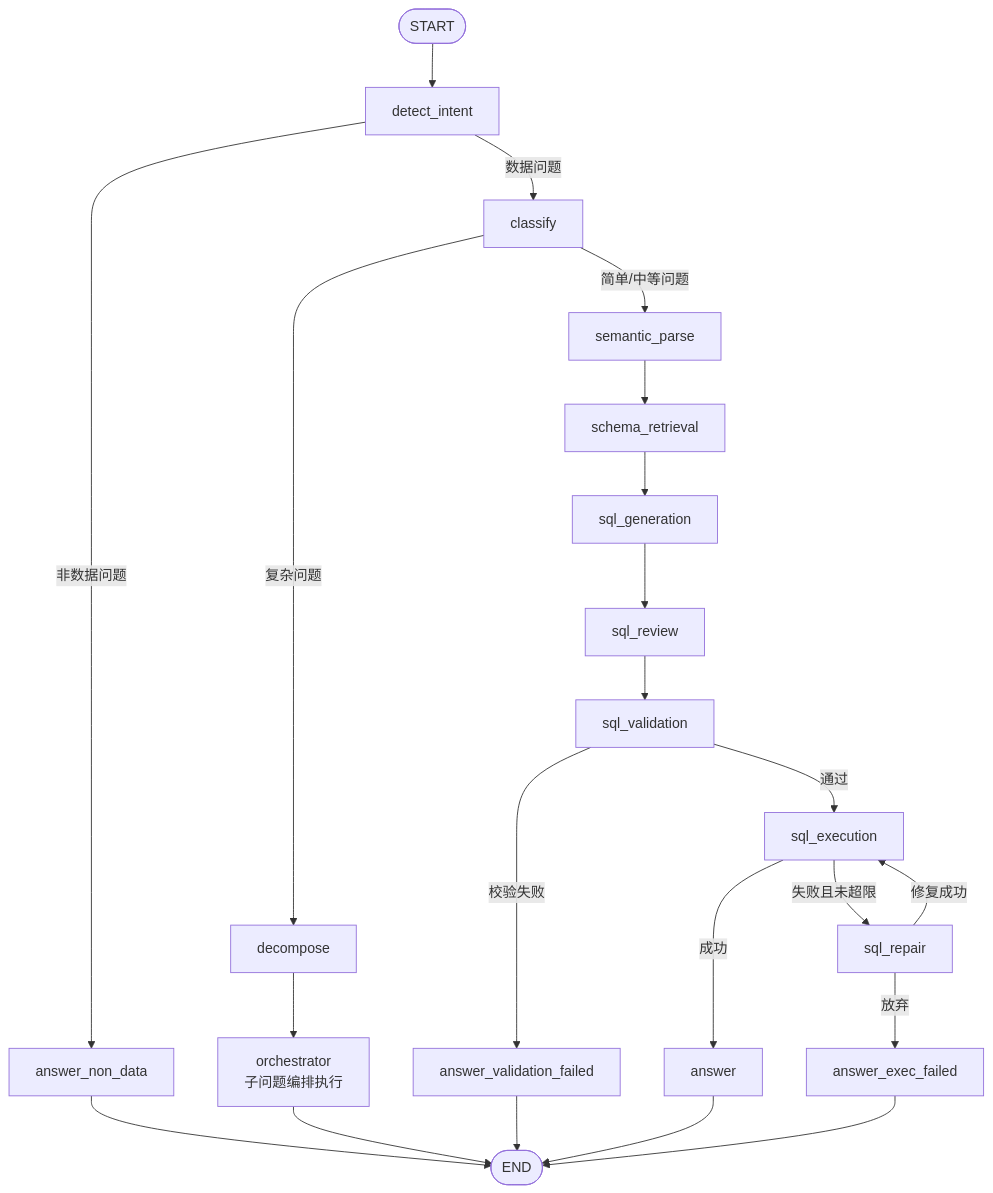
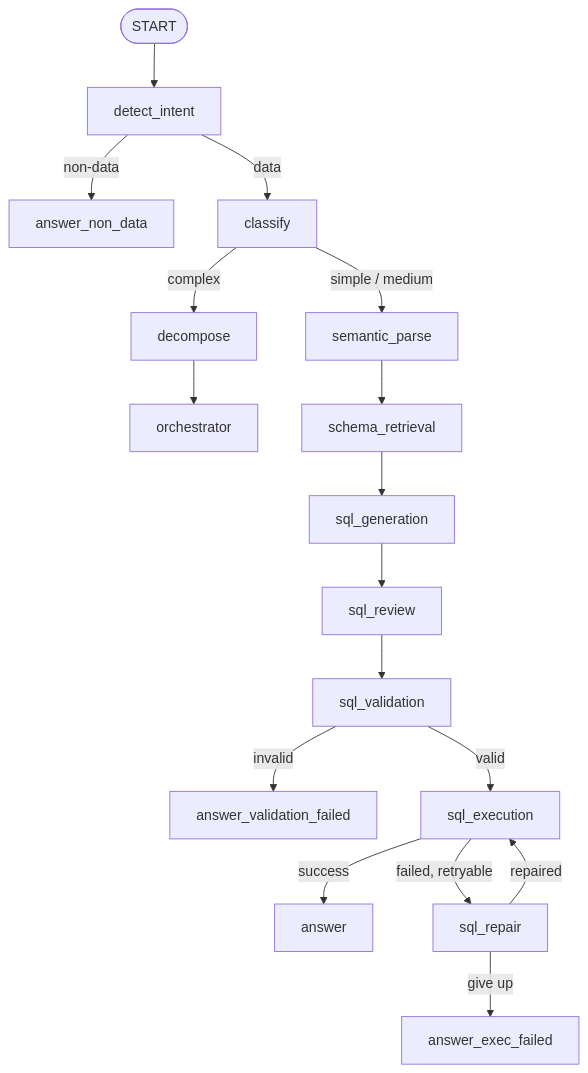
One commit to hr-huang/Text2SQL changed the second of 2 diagrams in README.md. Above: the diagram before and after it, drawn with Mermaid. The commit also changed other lines of this file and 2 other files, not shown here.

````diff
--- a/README.md
+++ b/README.md
@@ -40,24 +77,19 @@
 ```mermaid
 flowchart TD
-    START([START]) --> INTENT[detect_intent]
-    INTENT -- 非数据问题 --> NONDATA[answer_non_data]
-    INTENT -- 数据问题 --> CLASSIFY[classify]
-    CLASSIFY -- 复杂问题 --> DECOMP[decompose]
-    DECOMP --> ORCH[orchestrator<br/>子问题编排执行]
-    CLASSIFY -- 简单/中等问题 --> SEM[semantic_parse]
-    SEM --> SCHEMA[schema_retrieval]
-    SCHEMA --> GEN[sql_generation]
-    GEN --> REVIEW[sql_review]
-    REVIEW --> VAL[sql_validation]
-    VAL -- 校验失败 --> VALFAIL[answer_validation_failed]
-    VAL -- 通过 --> EXEC[sql_execution]
-    EXEC -- 成功 --> ANS[answer]
-    EXEC -- 失败且未超限 --> REPAIR[sql_repair]
-    REPAIR -- 修复成功 --> EXEC
-    REPAIR -- 放弃 --> EXECFAIL[answer_exec_failed]
-    ANS --> END([END])
-    NONDATA --> END
-    ORCH --> END
-    VALFAIL --> END
-    EXECFAIL --> END
+    START([START]) --> Intent[detect_intent]
+    Intent -- non-data --> NonData[answer_non_data]
+    Intent -- data --> Classify[classify]
+    Classify -- simple / medium --> Semantic[semantic_parse]
+    Classify -- complex --> Decompose[decompose]
+    Decompose --> Orchestrator[orchestrator]
+    Semantic --> Schema[schema_retrieval]
+    Schema --> SQLGen[sql_generation]
+    SQLGen --> Review[sql_review]
+    Review --> Validate[sql_validation]
+    Validate -- invalid --> ValidationFailed[answer_validation_failed]
+    Validate -- valid --> Execute[sql_execution]
+    Execute -- success --> Answer[answer]
+    Execute -- failed, retryable --> Repair[sql_repair]
+    Repair -- repaired --> Execute
+    Repair -- give up --> ExecFailed[answer_exec_failed]
 ```
````
